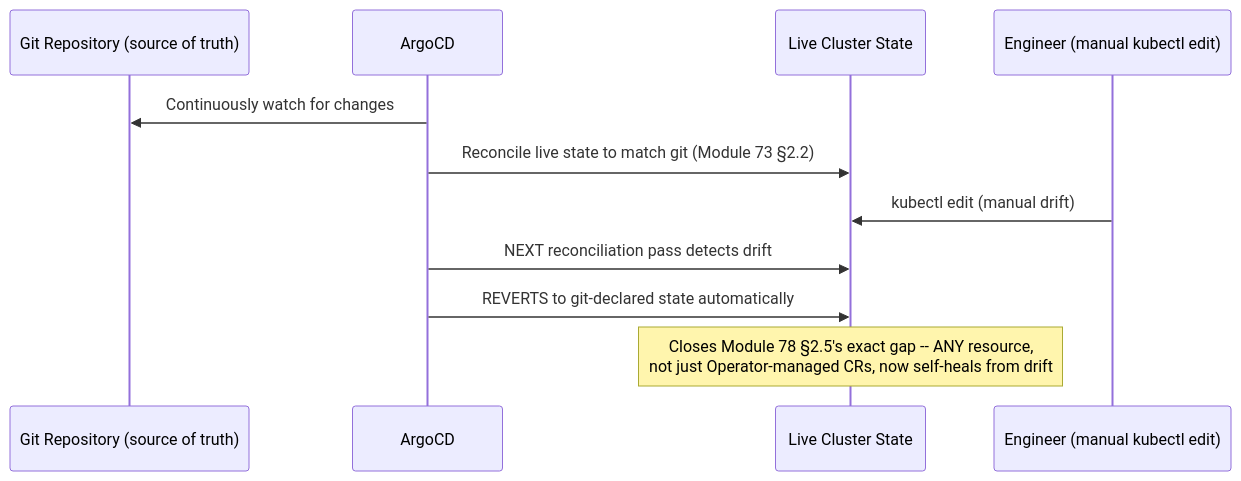
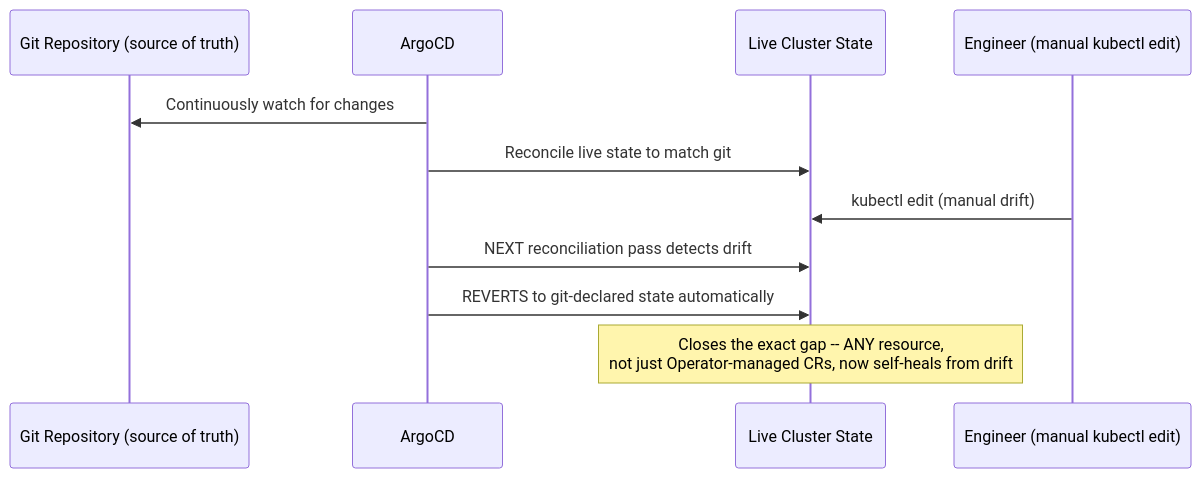
Before and after one commit to umashankarp/InterviewQuestions: the first of 4 diagrams in 23-Kubernetes/08-Observability-Multicluster-GitOps.md, drawn with Mermaid. The commit also changed other lines of this file and 173 other files, not shown here.

````diff
--- a/23-Kubernetes/08-Observability-Multicluster-GitOps.md
+++ b/23-Kubernetes/08-Observability-Multicluster-GitOps.md
@@ -58,14 +58,14 @@
 ```mermaid
 sequenceDiagram
-    participant Git as Git Repository (source of truth)
-    participant ArgoCD
-    participant Cluster as Live Cluster State
-    participant Eng as Engineer (manual kubectl edit)
+ participant Git as Git Repository (source of truth)
+ participant ArgoCD
+ participant Cluster as Live Cluster State
+ participant Eng as Engineer (manual kubectl edit)
 
-    ArgoCD->>Git: Continuously watch for changes
-    ArgoCD->>Cluster: Reconcile live state to match git (Module 73 §2.2)
-    Eng->>Cluster: kubectl edit (manual drift)
-    ArgoCD->>Cluster: NEXT reconciliation pass detects drift
-    ArgoCD->>Cluster: REVERTS to git-declared state automatically
-    Note over Cluster: Closes Module 78 §2.5's exact gap -- ANY resource,<br/>not just Operator-managed CRs, now self-heals from drift
+ ArgoCD->>Git: Continuously watch for changes
+ ArgoCD->>Cluster: Reconcile live state to match git
+ Eng->>Cluster: kubectl edit (manual drift)
+ ArgoCD->>Cluster: NEXT reconciliation pass detects drift
+ ArgoCD->>Cluster: REVERTS to git-declared state automatically
+ Note over Cluster: Closes the exact gap -- ANY resource,<br/>not just Operator-managed CRs, now self-heals from drift
 ```
````
